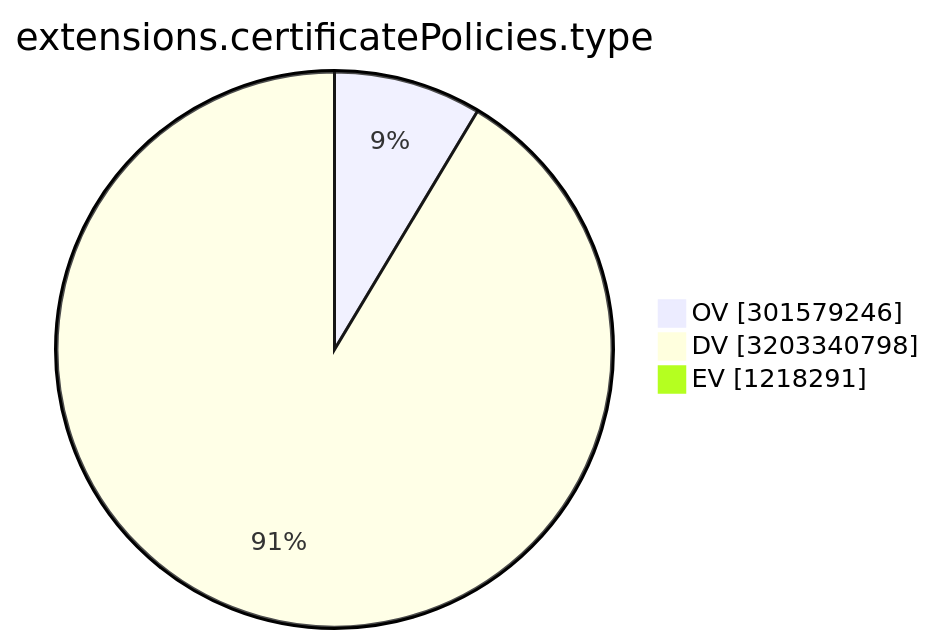
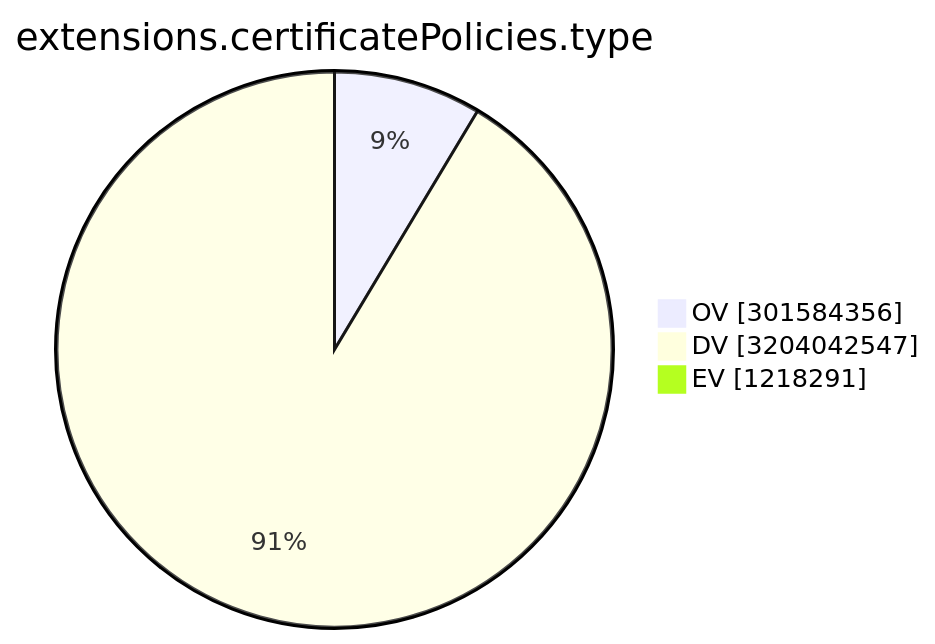
Before and after one commit to christiankrug/ctmonitor_visualization: the ninth of 15 diagrams in TOTAL/README.md, drawn with Mermaid. The commit also changed other lines of this file, not shown here.

````diff
--- a/TOTAL/README.md
+++ b/TOTAL/README.md
@@ -3106,7 +3106,7 @@
 ```mermaid
 pie showData
 title extensions.certificatePolicies.type
-"OV" :301579246
-"DV" :3203340798
+"OV" :301584356
+"DV" :3204042547
 "EV" :1218291
 ```
````
